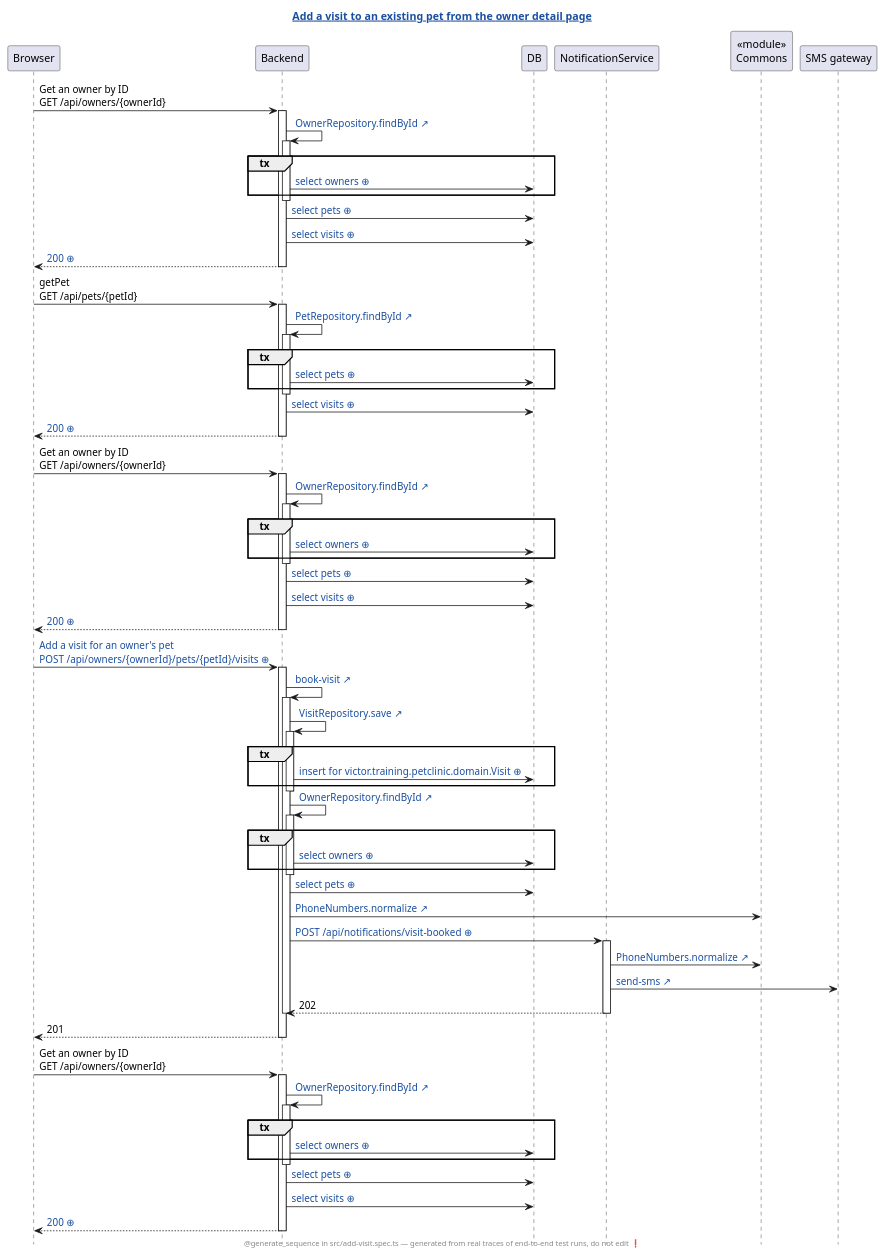
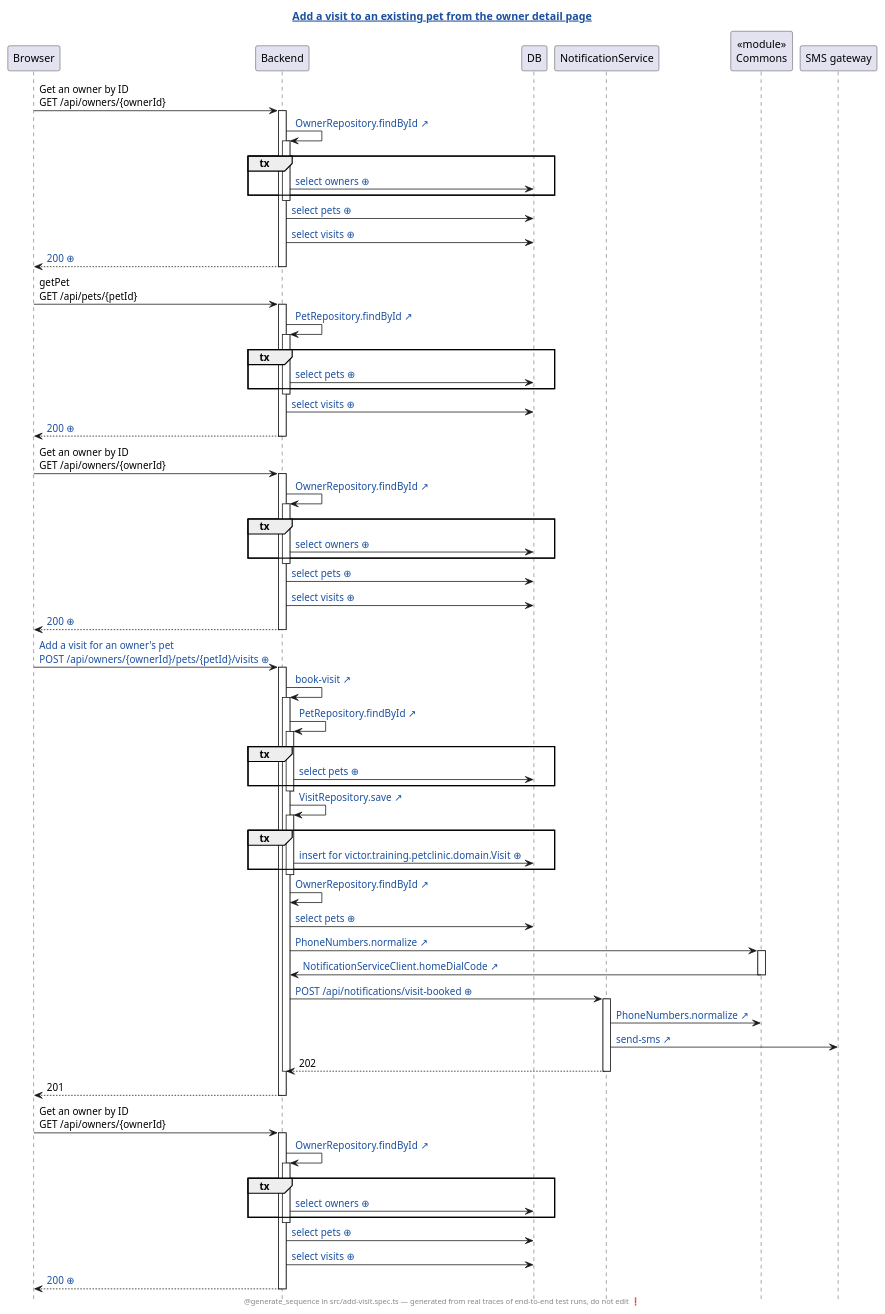
One commit to victorrentea/petclinic changed the diagram in petclinic-test/generated/add-visit.spec.ts.add-a-visit-to-an-existing-pet-from-the-owner-detail-page.genseq.puml. Above: the diagram before and after it, drawn with PlantUML. The commit also changed 29 other files, not shown here.

First line of the commit message:
[auto-fix] Owners paging review: 400s for bad pages, Add Owner on empty, sort headers without Material internals, glue and stylesheet cleanups

```diff
--- a/petclinic-test/generated/add-visit.spec.ts.add-a-visit-to-an-existing-pet-from-the-owner-detail-page.genseq.puml
+++ b/petclinic-test/generated/add-visit.spec.ts.add-a-visit-to-an-existing-pet-from-the-owner-detail-page.genseq.puml
@@ -1,88 +1,92 @@
 @startuml
 ' ⚠️  GENERATED FILE — DO NOT EDIT. Every edit is lost on the next run.
 hide footbox
 skinparam hyperlinkUnderline false
 skinparam hyperlinkColor #1A4FA0
 title [[src://petclinic-test/src/add-visit.spec.ts:31{Click to open the test} Add a visit to an existing pet from the owner detail page]]
 footer @generate_sequence in src/add-visit.spec.ts — generated from real traces of end-to-end test runs, do not edit ❗
 participant Browser
 participant Backend
 participant DB
 participant NotificationService
 participant "«module»\nCommons" as Commons
 participant "SMS gateway"
 Browser -> Backend: Get an owner by ID\nGET /api/owners/{ownerId}
 activate Backend
 Backend -> Backend: [[src://petclinic-backend/src/main/java/victor/training/petclinic/repository/OwnerRepository.java:15{Click to open OwnerRepository.findById} OwnerRepository.findById ↗]]
 activate Backend
 group tx
-Backend -> DB: [[genseq://1cywrsr{Click for the statement behind this call} select owners ⊕]]
+Backend -> DB: [[genseq://0x8aana{Click for the statement behind this call} select owners ⊕]]
 end
 deactivate Backend
-Backend -> DB: [[genseq://04yaot5{Click for the statement behind this call} select pets ⊕]]
-Backend -> DB: [[genseq://1bw25vb{Click for the statement behind this call} select visits ⊕]]
-Backend --> Browser: [[genseq://19d8kpd{Click for this call’s JSON body} 200 ⊕]]
+Backend -> DB: [[genseq://18567ho{Click for the statement behind this call} select pets ⊕]]
+Backend -> DB: [[genseq://13apewa{Click for the statement behind this call} select visits ⊕]]
+Backend --> Browser: [[genseq://0lq5gtt{Click for this call’s JSON body} 200 ⊕]]
 deactivate Backend
 Browser -> Backend: getPet\nGET /api/pets/{petId}
 activate Backend
 Backend -> Backend: [[src://petclinic-backend/src/main/java/victor/training/petclinic/repository/PetRepository.java:16{Click to open PetRepository.findById} PetRepository.findById ↗]]
 activate Backend
 group tx
-Backend -> DB: [[genseq://10q0vhg{Click for the statement behind this call} select pets ⊕]]
+Backend -> DB: [[genseq://0y7w2ps{Click for the statement behind this call} select pets ⊕]]
 end
 deactivate Backend
-Backend -> DB: [[genseq://0g653ka{Click for the statement behind this call} select visits ⊕]]
-Backend --> Browser: [[genseq://185sa06{Click for this call’s JSON body} 200 ⊕]]
+Backend -> DB: [[genseq://13apewa{Click for the statement behind this call} select visits ⊕]]
+Backend --> Browser: [[genseq://0smu66m{Click for this call’s JSON body} 200 ⊕]]
 deactivate Backend
 Browser -> Backend: Get an owner by ID\nGET /api/owners/{ownerId}
 activate Backend
 Backend -> Backend: [[src://petclinic-backend/src/main/java/victor/training/petclinic/repository/OwnerRepository.java:15{Click to open OwnerRepository.findById} OwnerRepository.findById ↗]]
 activate Backend
 group tx
-Backend -> DB: [[genseq://1cywrsr{Click for the statement behind this call} select owners ⊕]]
+Backend -> DB: [[genseq://0x8aana{Click for the statement behind this call} select owners ⊕]]
 end
 deactivate Backend
-Backend -> DB: [[genseq://04yaot5{Click for the statement behind this call} select pets ⊕]]
-Backend -> DB: [[genseq://1bw25vb{Click for the statement behind this call} select visits ⊕]]
-Backend --> Browser: [[genseq://19d8kpd{Click for this call’s JSON body} 200 ⊕]]
+Backend -> DB: [[genseq://18567ho{Click for the statement behind this call} select pets ⊕]]
+Backend -> DB: [[genseq://13apewa{Click for the statement behind this call} select visits ⊕]]
+Backend --> Browser: [[genseq://084a0bx{Click for this call’s JSON body} 200 ⊕]]
 deactivate Backend
-Browser -> Backend: [[genseq://0sx86xd{Click for this call’s JSON body} Add a visit for an owner's pet\nPOST /api/owners/{ownerId}/pets/{petId}/visits ⊕]]
+Browser -> Backend: [[genseq://18oe4yi{Click for this call’s JSON body} Add a visit for an owner's pet\nPOST /api/owners/{ownerId}/pets/{petId}/visits ⊕]]
 activate Backend
-Backend -> Backend: [[src://petclinic-backend/src/main/java/victor/training/petclinic/rest/OwnerRestController.java:211{Click to open OwnerRestController.bookVisit} book-visit ↗]]
+Backend -> Backend: [[src://petclinic-backend/src/main/java/victor/training/petclinic/rest/OwnerRestController.java:212{Click to open OwnerRestController.bookVisit} book-visit ↗]]
 activate Backend
+Backend -> Backend: [[src://petclinic-backend/src/main/java/victor/training/petclinic/repository/PetRepository.java:16{Click to open PetRepository.findById} PetRepository.findById ↗]]
+activate Backend
+group tx
+Backend -> DB: [[genseq://0y7w2ps{Click for the statement behind this call} select pets ⊕]]
+end
+deactivate Backend
 Backend -> Backend: [[src://petclinic-backend/src/main/java/victor/training/petclinic/repository/VisitRepository.java:14{Click to open VisitRepository.save} VisitRepository.save ↗]]
 activate Backend
 group tx
-Backend -> DB: [[genseq://14e9z4x{Click for the statement behind this call} insert for victor.training.petclinic.domain.Visit ⊕]]
+Backend -> DB: [[genseq://0lkw2vk{Click for the statement behind this call} insert for victor.training.petclinic.domain.Visit ⊕]]
 end
 deactivate Backend
 Backend -> Backend: [[src://petclinic-backend/src/main/java/victor/training/petclinic/repository/OwnerRepository.java:15{Click to open OwnerRepository.findById} OwnerRepository.findById ↗]]
-activate Backend
-group tx
-Backend -> DB: [[genseq://1cywrsr{Click for the statement behind this call} select owners ⊕]]
-end
-deactivate Backend
-Backend -> DB: [[genseq://04yaot5{Click for the statement behind this call} select pets ⊕]]
+Backend -> DB: [[genseq://18567ho{Click for the statement behind this call} select pets ⊕]]
 Backend -> Commons: [[src://petclinic-commons/src/main/java/victor/training/commons/PhoneNumbers.java:8{Click to open PhoneNumbers.normalize} PhoneNumbers.normalize ↗]]
-Backend -> NotificationService: [[genseq://0ez97li{Click for this call’s JSON body} POST /api/notifications/visit-booked ⊕]]
+activate Commons
+Commons -> Backend: [[src://petclinic-backend/src/main/java/victor/training/petclinic/notification/NotificationServiceClient.java:45{Click to open NotificationServiceClient.homeDialCode} NotificationServiceClient.homeDialCode ↗]]
+deactivate Commons
+Backend -> NotificationService: [[genseq://1p4ogm5{Click for this call’s JSON body} POST /api/notifications/visit-booked ⊕]]
 activate NotificationService
 NotificationService -> Commons: [[src://petclinic-commons/src/main/java/victor/training/commons/PhoneNumbers.java:8{Click to open PhoneNumbers.normalize} PhoneNumbers.normalize ↗]]
 NotificationService -> "SMS gateway": [[src://notification-service/src/main/java/victor/training/notification/SmsGateway.java:23{Click to open SmsGateway.send} send-sms ↗]]
 NotificationService --> Backend: 202
 deactivate NotificationService
 deactivate Backend
 Backend --> Browser: 201
 deactivate Backend
 Browser -> Backend: Get an owner by ID\nGET /api/owners/{ownerId}
 activate Backend
 Backend -> Backend: [[src://petclinic-backend/src/main/java/victor/training/petclinic/repository/OwnerRepository.java:15{Click to open OwnerRepository.findById} OwnerRepository.findById ↗]]
 activate Backend
 group tx
-Backend -> DB: [[genseq://1cywrsr{Click for the statement behind this call} select owners ⊕]]
+Backend -> DB: [[genseq://0x8aana{Click for the statement behind this call} select owners ⊕]]
 end
 deactivate Backend
-Backend -> DB: [[genseq://04yaot5{Click for the statement behind this call} select pets ⊕]]
-Backend -> DB: [[genseq://1bw25vb{Click for the statement behind this call} select visits ⊕]]
-Backend --> Browser: [[genseq://1ndpf9h{Click for this call’s JSON body} 200 ⊕]]
+Backend -> DB: [[genseq://18567ho{Click for the statement behind this call} select pets ⊕]]
+Backend -> DB: [[genseq://13apewa{Click for the statement behind this call} select visits ⊕]]
+Backend --> Browser: [[genseq://0xozzkt{Click for this call’s JSON body} 200 ⊕]]
 deactivate Backend
 @enduml
```
